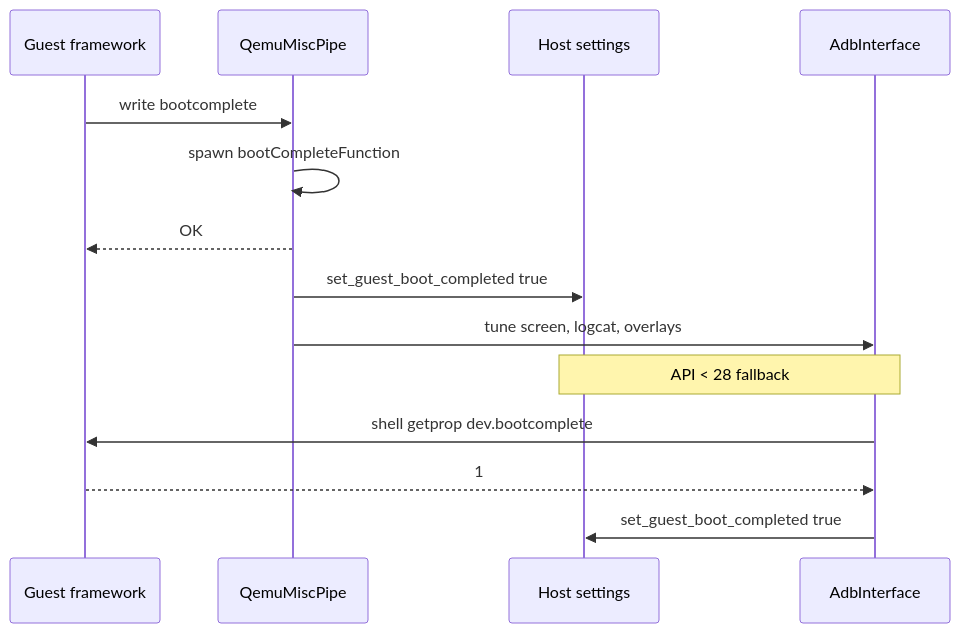
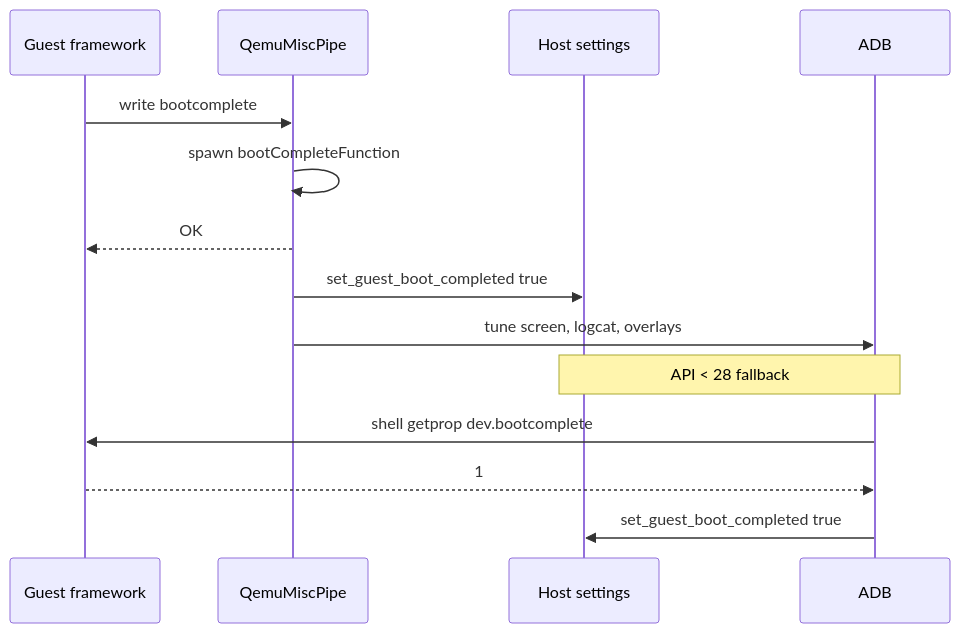
The seventh of 8 diagrams in 25-guest-boot.md (aospbooks/android-emulator-internal-book), drawn with Mermaid before and after one commit. The commit also changed other lines of this file and 31 other files, not shown here.

````diff
--- a/25-guest-boot.md
+++ b/25-guest-boot.md
@@ -605,16 +609,16 @@
 ```mermaid
 sequenceDiagram
     participant FW as Guest framework
     participant MP as QemuMiscPipe
     participant ST as Host settings
-    participant ADB as AdbInterface
+    participant ADB as ADB
     FW->>MP: write bootcomplete
     MP->>MP: spawn bootCompleteFunction
     MP-->>FW: OK
     MP->>ST: set_guest_boot_completed true
     MP->>ADB: tune screen, logcat, overlays
     Note over ST,ADB: API < 28 fallback
     ADB->>FW: shell getprop dev.bootcomplete
     FW-->>ADB: 1
     ADB->>ST: set_guest_boot_completed true
 ```
````
